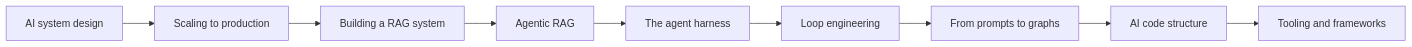
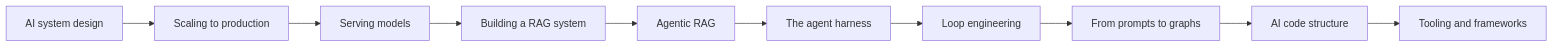
Before and after one commit to namphuongtran/ai-vault: the diagram in content/en/building/_index.md, drawn with Mermaid. The commit also changed other lines of this file and 38 other files, not shown here.

First line of the commit message:
Add Serving Models section and RAG Evaluation page (EN + VI) (#58)

````diff
--- a/content/en/building/_index.md
+++ b/content/en/building/_index.md
@@ -20,5 +20,6 @@
 ```mermaid
 flowchart LR
-    A[AI system design] --> S[Scaling to production] --> B[Building a RAG system] --> C[Agentic RAG]
-    C --> D[The agent harness] --> E[Loop engineering] --> F[From prompts to graphs] --> G[AI code structure] --> H[Tooling and frameworks]
+    A[AI system design] --> S[Scaling to production] --> V[Serving models] --> B[Building a RAG system]
+    B --> C[Agentic RAG] --> D[The agent harness] --> E[Loop engineering]
+    E --> F[From prompts to graphs] --> G[AI code structure] --> H[Tooling and frameworks]
 ```
````
